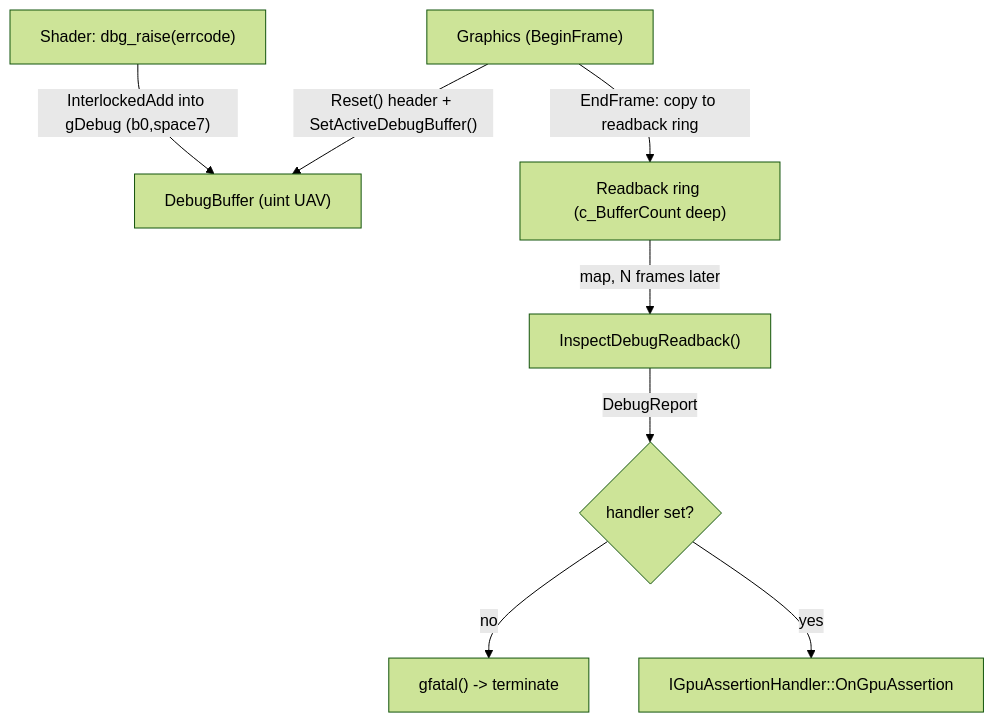
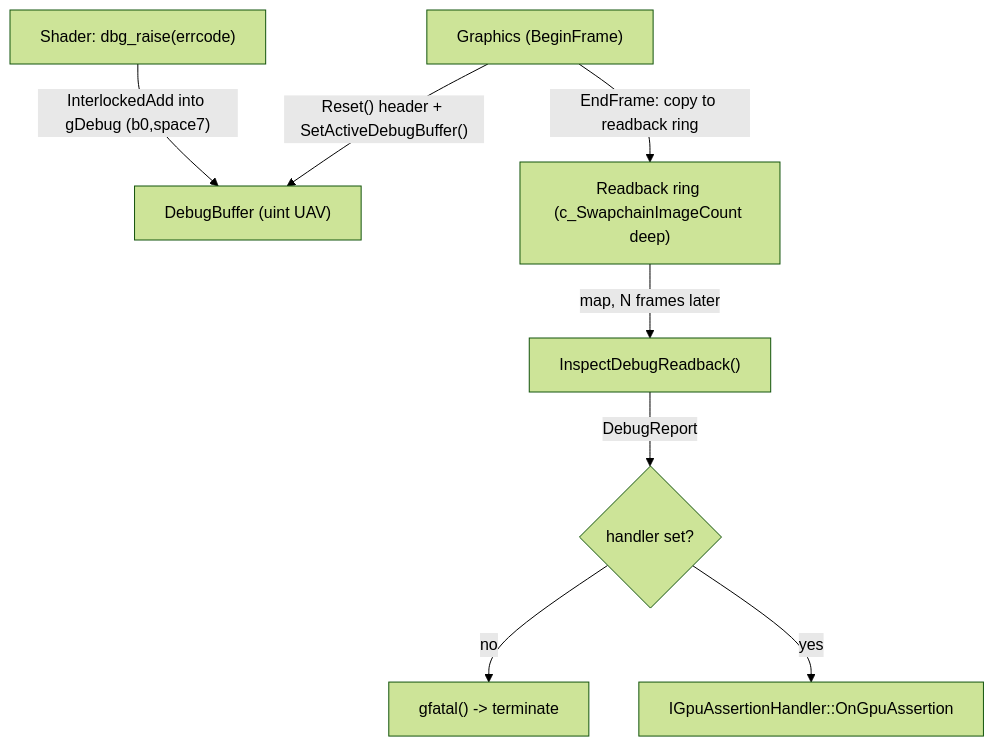
One commit to alexjiang200407/bernini changed the diagram in docs/gfx_debug.md. Above: the diagram before and after it, drawn with Mermaid (forest theme). The commit also changed other lines of this file and 1 other file, not shown here.

First line of the commit message:
refactor(bgl): finish the c_BufferCount rename in docs and the editor

````diff
--- a/docs/gfx_debug.md
+++ b/docs/gfx_debug.md
@@ -94,10 +94,10 @@
 ```mermaid
 flowchart TD
     Shader["Shader: dbg_raise(errcode)"] -- "InterlockedAdd into gDebug (b0,space7)" --> Buf["DebugBuffer (uint UAV)"]
     Graphics["Graphics (BeginFrame)"] -- "Reset() header + SetActiveDebugBuffer()" --> Buf
-    Graphics -- "EndFrame: copy to readback ring" --> Ring["Readback ring (c_BufferCount deep)"]
+    Graphics -- "EndFrame: copy to readback ring" --> Ring["Readback ring (c_SwapchainImageCount deep)"]
     Ring -- "map, N frames later" --> Inspect["InspectDebugReadback()"]
     Inspect -- "DebugReport" --> Decide{"handler set?"}
     Decide -- "no" --> Crash["gfatal() -> terminate"]
     Decide -- "yes" --> Handler["IGpuAssertionHandler::OnGpuAssertion"]
 ```
````
